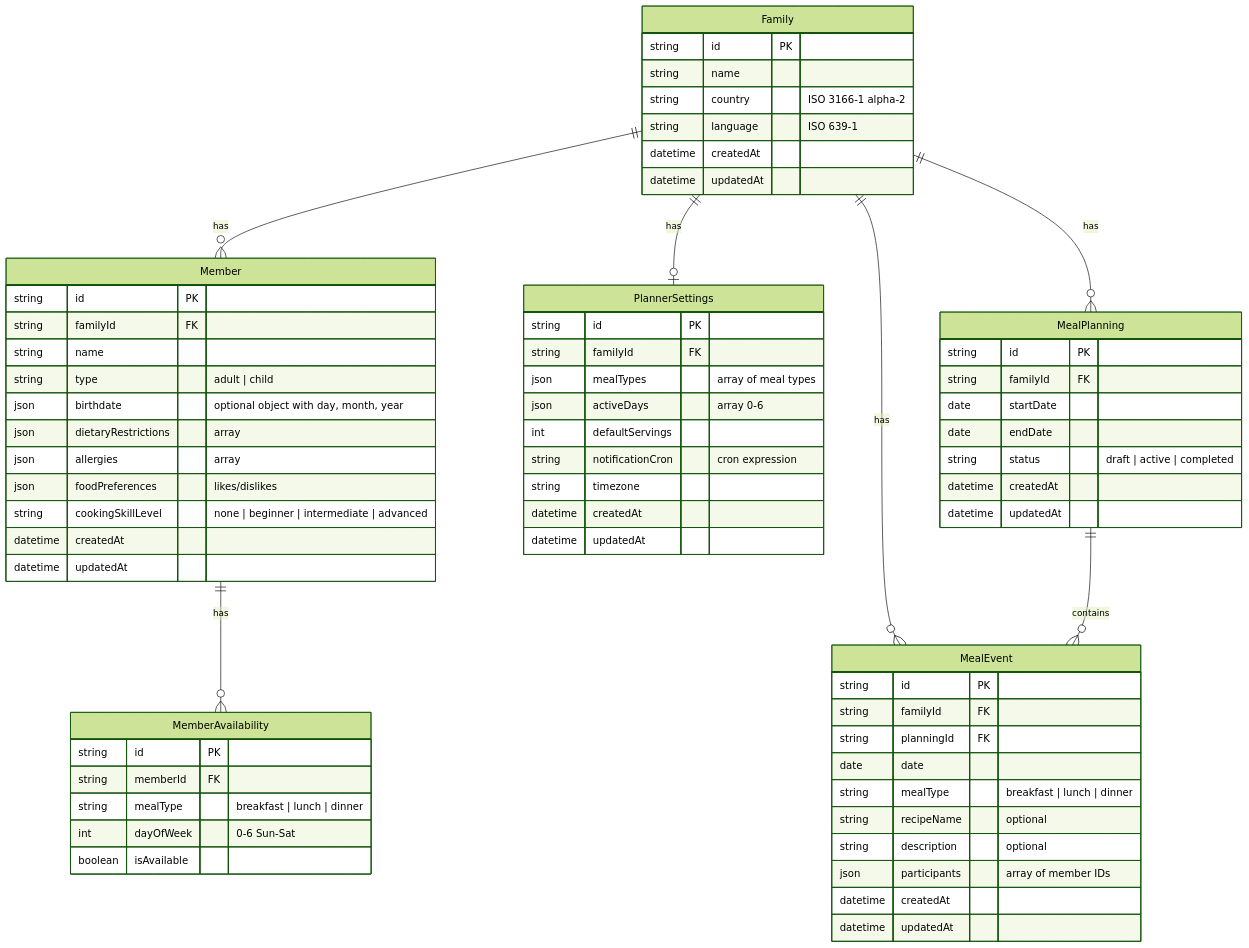
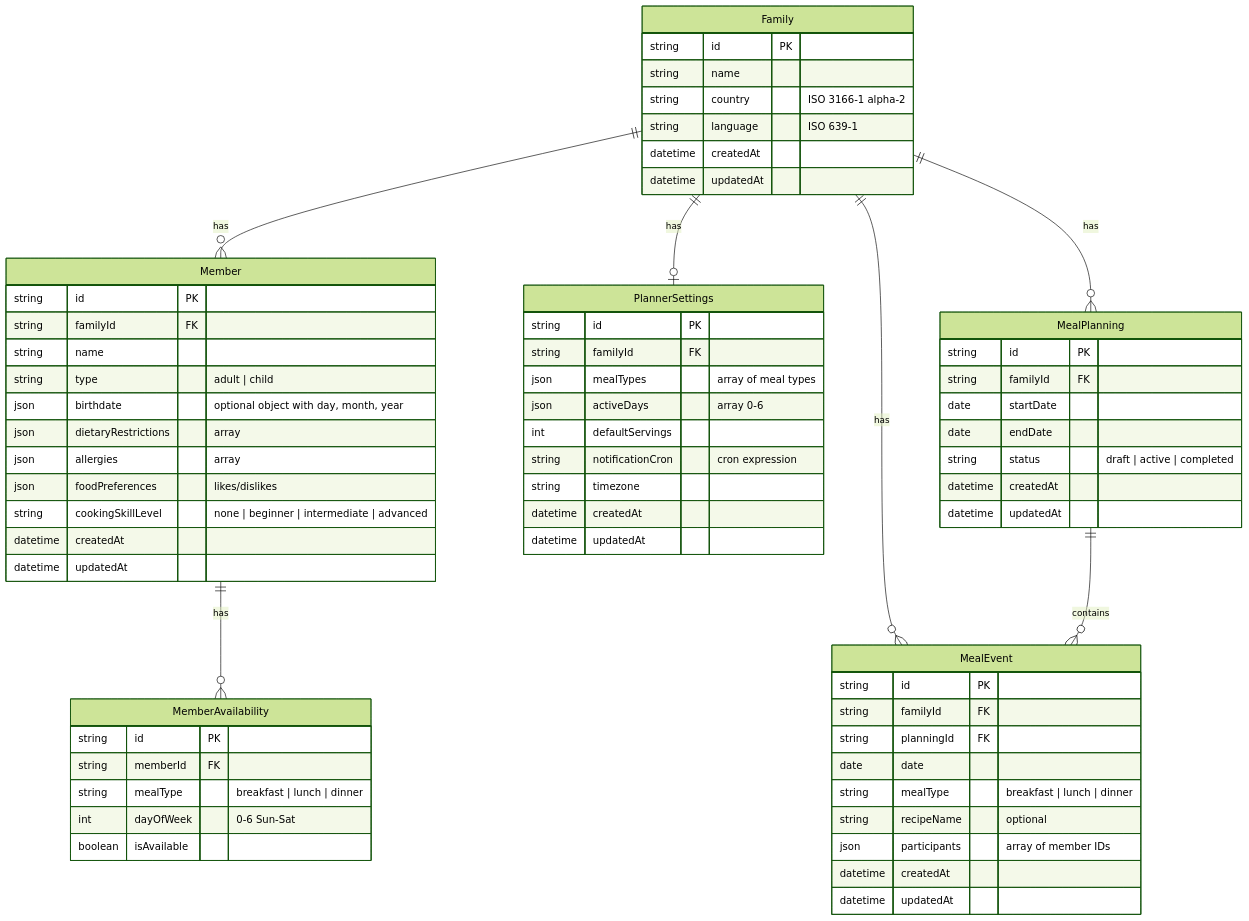
Before and after one commit to Nightbr/auguste: the diagram in specs/database-schema.md, drawn with Mermaid (forest theme). The commit also changed other lines of this file and 5 other files, not shown here.

````diff
--- a/specs/database-schema.md
+++ b/specs/database-schema.md
@@ -5,75 +5,74 @@
 ```mermaid
 erDiagram
     Family ||--o{ Member : "has"
     Family ||--o| PlannerSettings : "has"
     Member ||--o{ MemberAvailability : "has"
     Family ||--o{ MealPlanning : "has"
     Family ||--o{ MealEvent : "has"
     MealPlanning ||--o{ MealEvent : "contains"
 
     Family {
         string id PK
         string name
         string country "ISO 3166-1 alpha-2"
         string language "ISO 639-1"
         datetime createdAt
         datetime updatedAt
     }
 
     Member {
         string id PK
         string familyId FK
         string name
         string type "adult | child"
         json birthdate "optional object with day, month, year"
         json dietaryRestrictions "array"
         json allergies "array"
         json foodPreferences "likes/dislikes"
         string cookingSkillLevel "none | beginner | intermediate | advanced"
         datetime createdAt
         datetime updatedAt
     }
 
     MemberAvailability {
         string id PK
         string memberId FK
         string mealType "breakfast | lunch | dinner"
         int dayOfWeek "0-6 Sun-Sat"
         boolean isAvailable
     }
 
     PlannerSettings {
         string id PK
         string familyId FK
         json mealTypes "array of meal types"
         json activeDays "array 0-6"
         int defaultServings
         string notificationCron "cron expression"
         string timezone
         datetime createdAt
         datetime updatedAt
     }
 
     MealPlanning {
         string id PK
         string familyId FK
         date startDate
         date endDate
         string status "draft | active | completed"
         datetime createdAt
         datetime updatedAt
     }
 
     MealEvent {
         string id PK
         string familyId FK
         string planningId FK
         date date
         string mealType "breakfast | lunch | dinner"
         string recipeName "optional"
-        string description "optional"
         json participants "array of member IDs"
         datetime createdAt
         datetime updatedAt
     }
 ```
````
